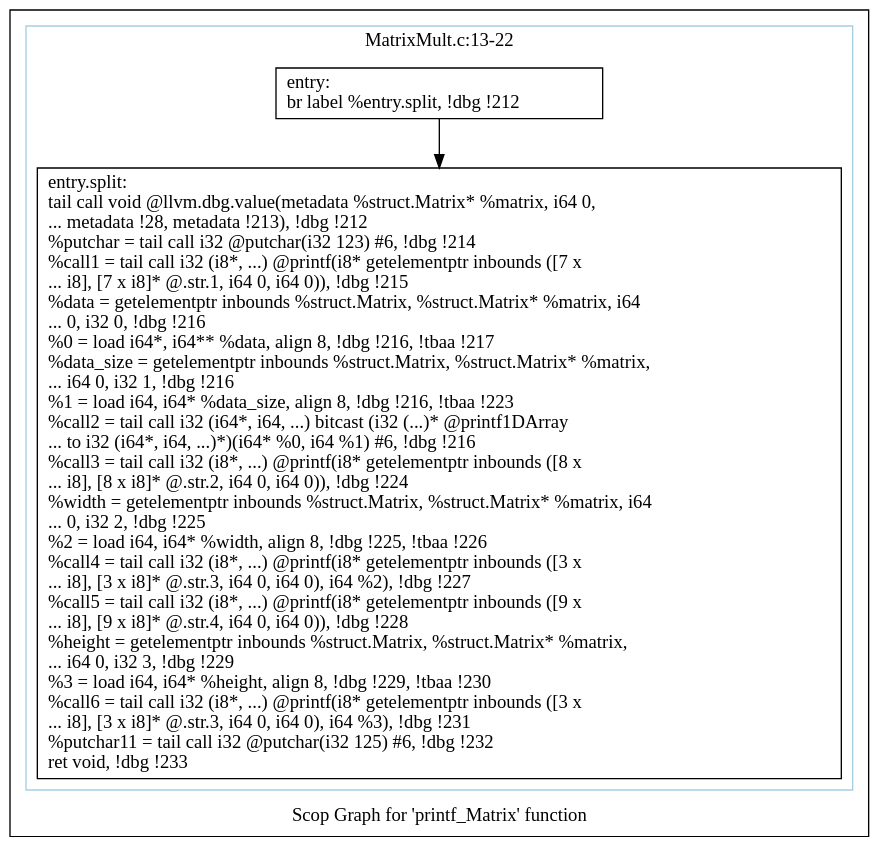
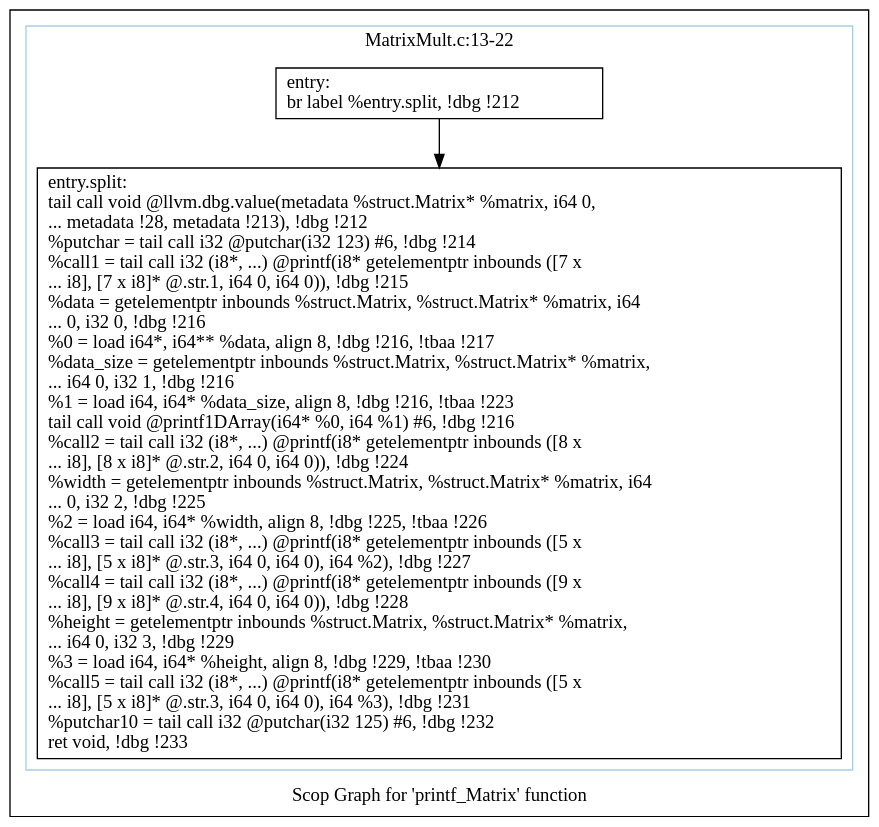
One commit to samminweng/WhileyOpenCL changed the diagram in polly/MatrixMult/impl/autogenerate/dot/scops.printf_Matrix.dot. Above: the diagram before and after it, drawn with Graphviz. The commit also changed 24 other files, not shown here.

```diff
--- a/polly/MatrixMult/impl/autogenerate/dot/scops.printf_Matrix.dot
+++ b/polly/MatrixMult/impl/autogenerate/dot/scops.printf_Matrix.dot
@@ -1,16 +1,16 @@
 digraph "Scop Graph for 'printf_Matrix' function" {
 	label="Scop Graph for 'printf_Matrix' function";
 
-	Node0xa4e6c70 [shape=record,label="{entry:\l  br label %entry.split, !dbg !212\l}"];
-	Node0xa4e6c70 -> Node0xa3e4e90;
-	Node0xa3e4e90 [shape=record,label="{entry.split:                                      \l  tail call void @llvm.dbg.value(metadata %struct.Matrix* %matrix, i64 0,\l... metadata !28, metadata !213), !dbg !212\l  %putchar = tail call i32 @putchar(i32 123) #6, !dbg !214\l  %call1 = tail call i32 (i8*, ...) @printf(i8* getelementptr inbounds ([7 x\l... i8], [7 x i8]* @.str.1, i64 0, i64 0)), !dbg !215\l  %data = getelementptr inbounds %struct.Matrix, %struct.Matrix* %matrix, i64\l... 0, i32 0, !dbg !216\l  %0 = load i64*, i64** %data, align 8, !dbg !216, !tbaa !217\l  %data_size = getelementptr inbounds %struct.Matrix, %struct.Matrix* %matrix,\l... i64 0, i32 1, !dbg !216\l  %1 = load i64, i64* %data_size, align 8, !dbg !216, !tbaa !223\l  %call2 = tail call i32 (i64*, i64, ...) bitcast (i32 (...)* @printf1DArray\l... to i32 (i64*, i64, ...)*)(i64* %0, i64 %1) #6, !dbg !216\l  %call3 = tail call i32 (i8*, ...) @printf(i8* getelementptr inbounds ([8 x\l... i8], [8 x i8]* @.str.2, i64 0, i64 0)), !dbg !224\l  %width = getelementptr inbounds %struct.Matrix, %struct.Matrix* %matrix, i64\l... 0, i32 2, !dbg !225\l  %2 = load i64, i64* %width, align 8, !dbg !225, !tbaa !226\l  %call4 = tail call i32 (i8*, ...) @printf(i8* getelementptr inbounds ([3 x\l... i8], [3 x i8]* @.str.3, i64 0, i64 0), i64 %2), !dbg !227\l  %call5 = tail call i32 (i8*, ...) @printf(i8* getelementptr inbounds ([9 x\l... i8], [9 x i8]* @.str.4, i64 0, i64 0)), !dbg !228\l  %height = getelementptr inbounds %struct.Matrix, %struct.Matrix* %matrix,\l... i64 0, i32 3, !dbg !229\l  %3 = load i64, i64* %height, align 8, !dbg !229, !tbaa !230\l  %call6 = tail call i32 (i8*, ...) @printf(i8* getelementptr inbounds ([3 x\l... i8], [3 x i8]* @.str.3, i64 0, i64 0), i64 %3), !dbg !231\l  %putchar11 = tail call i32 @putchar(i32 125) #6, !dbg !232\l  ret void, !dbg !233\l}"];
+	Node0xa6b9ca0 [shape=record,label="{entry:\l  br label %entry.split, !dbg !212\l}"];
+	Node0xa6b9ca0 -> Node0xa6d0240;
+	Node0xa6d0240 [shape=record,label="{entry.split:                                      \l  tail call void @llvm.dbg.value(metadata %struct.Matrix* %matrix, i64 0,\l... metadata !28, metadata !213), !dbg !212\l  %putchar = tail call i32 @putchar(i32 123) #6, !dbg !214\l  %call1 = tail call i32 (i8*, ...) @printf(i8* getelementptr inbounds ([7 x\l... i8], [7 x i8]* @.str.1, i64 0, i64 0)), !dbg !215\l  %data = getelementptr inbounds %struct.Matrix, %struct.Matrix* %matrix, i64\l... 0, i32 0, !dbg !216\l  %0 = load i64*, i64** %data, align 8, !dbg !216, !tbaa !217\l  %data_size = getelementptr inbounds %struct.Matrix, %struct.Matrix* %matrix,\l... i64 0, i32 1, !dbg !216\l  %1 = load i64, i64* %data_size, align 8, !dbg !216, !tbaa !223\l  tail call void @printf1DArray(i64* %0, i64 %1) #6, !dbg !216\l  %call2 = tail call i32 (i8*, ...) @printf(i8* getelementptr inbounds ([8 x\l... i8], [8 x i8]* @.str.2, i64 0, i64 0)), !dbg !224\l  %width = getelementptr inbounds %struct.Matrix, %struct.Matrix* %matrix, i64\l... 0, i32 2, !dbg !225\l  %2 = load i64, i64* %width, align 8, !dbg !225, !tbaa !226\l  %call3 = tail call i32 (i8*, ...) @printf(i8* getelementptr inbounds ([5 x\l... i8], [5 x i8]* @.str.3, i64 0, i64 0), i64 %2), !dbg !227\l  %call4 = tail call i32 (i8*, ...) @printf(i8* getelementptr inbounds ([9 x\l... i8], [9 x i8]* @.str.4, i64 0, i64 0)), !dbg !228\l  %height = getelementptr inbounds %struct.Matrix, %struct.Matrix* %matrix,\l... i64 0, i32 3, !dbg !229\l  %3 = load i64, i64* %height, align 8, !dbg !229, !tbaa !230\l  %call5 = tail call i32 (i8*, ...) @printf(i8* getelementptr inbounds ([5 x\l... i8], [5 x i8]* @.str.3, i64 0, i64 0), i64 %3), !dbg !231\l  %putchar10 = tail call i32 @putchar(i32 125) #6, !dbg !232\l  ret void, !dbg !233\l}"];
 	colorscheme = "paired12"
-        subgraph cluster_0xa411b70 {
+        subgraph cluster_0xa715bd0 {
           label = "MatrixMult.c:13-22
 ";
           style = solid;
           color = 1
-          Node0xa4e6c70;
-          Node0xa3e4e90;
+          Node0xa6b9ca0;
+          Node0xa6d0240;
         }
 }
```
